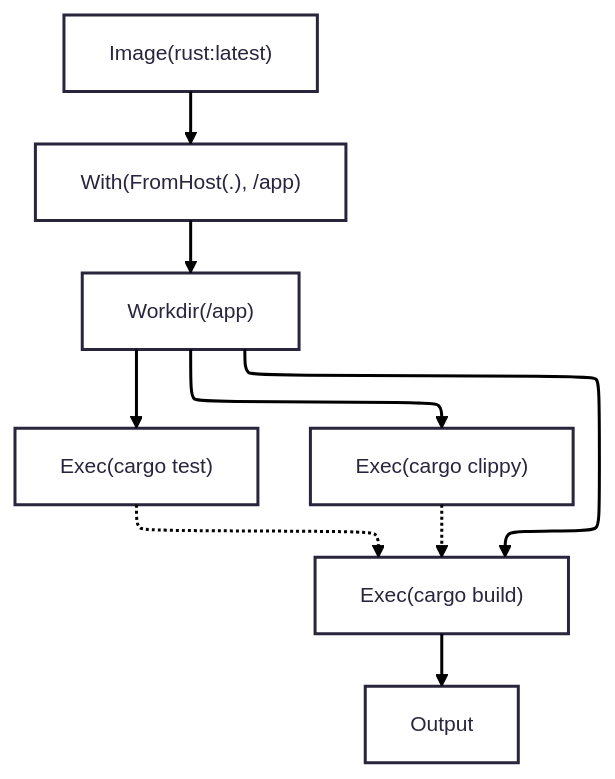
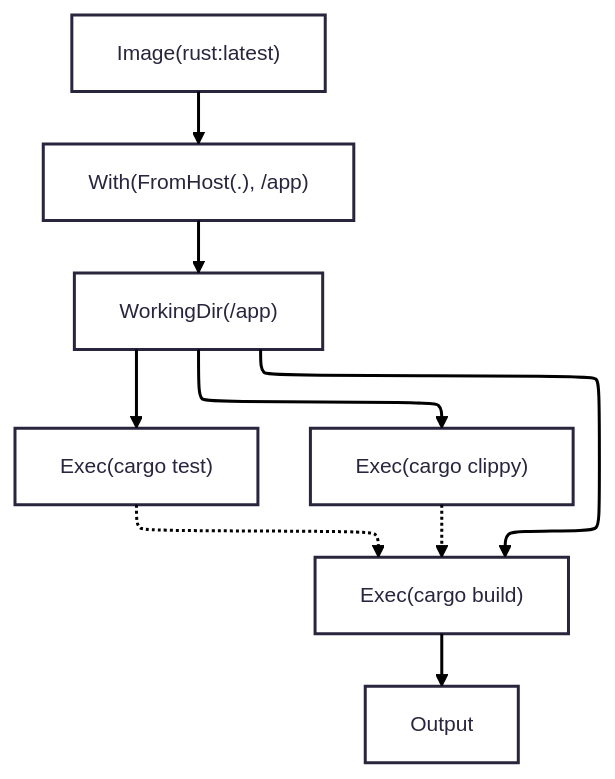
One commit to Serpent-Tools/serpentine changed the diagram in README.md. Above: the diagram before and after it, drawn with Mermaid. The commit also changed other lines of this file and 16 other files, not shown here.

````diff
--- a/README.md
+++ b/README.md
@@ -25,14 +25,14 @@
 ```mermaid
 ---
 config:
   theme: redux
   layout: elk
 ---
 flowchart TD
     A["Image(rust:latest)"] --> B["With(FromHost(.), /app)"]
-    B --> C["Workdir(/app)"]
+    B --> C["WorkingDir(/app)"]
     C --> D["Exec(cargo test)"] & E["Exec(cargo clippy)"] & F["Exec(cargo build)"]
     D -.-> F
     E -.-> F
     F --> G["Output"]
 ```
````
